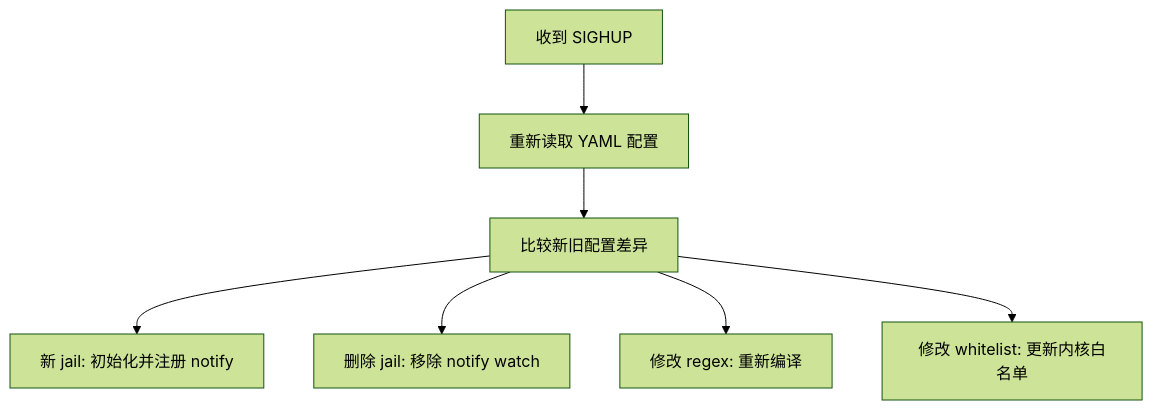
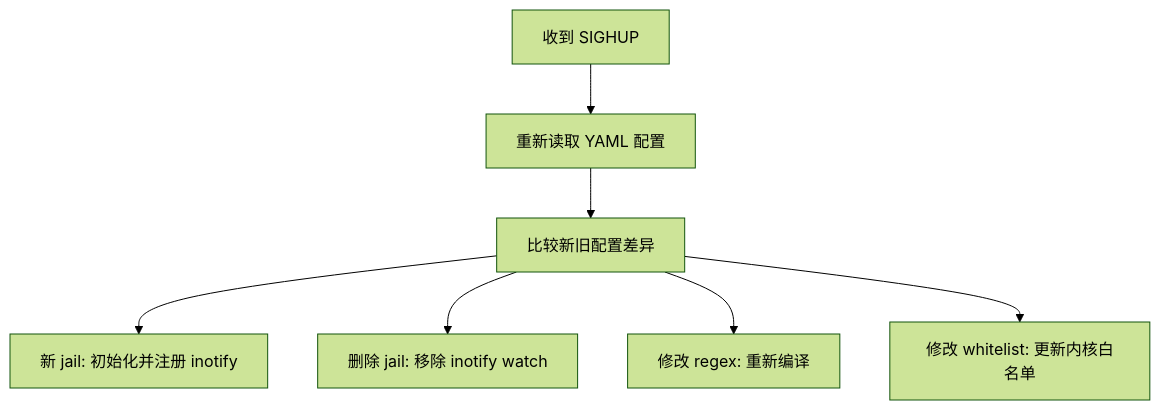
The seventh of 7 diagrams in docs/zh/architecture/daemon.md (SnowCore8/linux-firewall-kmod), drawn with Mermaid (forest theme) before and after one commit. The commit also changed other lines of this file and 29 other files, not shown here.

````diff
--- a/docs/zh/architecture/daemon.md
+++ b/docs/zh/architecture/daemon.md
@@ -355,9 +362,9 @@
 ```mermaid
 graph TB
     A["收到 SIGHUP"] --> B["重新读取 YAML 配置"]
     B --> C["比较新旧配置差异"]
-    C --> D["新 jail: 初始化并注册 notify"]
-    C --> E["删除 jail: 移除 notify watch"]
+    C --> D["新 jail: 初始化并注册 inotify"]
+    C --> E["删除 jail: 移除 inotify watch"]
     C --> F["修改 regex: 重新编译"]
     C --> G["修改 whitelist: 更新内核白名单"]
 ```
````
